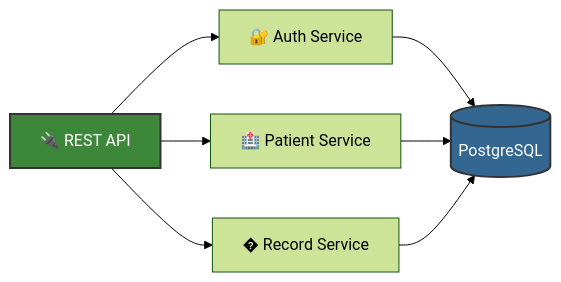
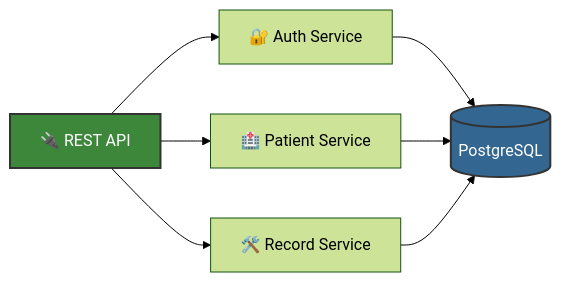
One commit to dIAgnoseTeam/dIAgnose changed the third of 5 diagrams in README.md. Above: the diagram before and after it, drawn with Mermaid (forest theme).

Commit message:
docs: Solve README MongoDB graph relation bug

````diff
--- a/README.md
+++ b/README.md
@@ -96,13 +96,13 @@
 ```mermaid
 graph LR
     API[🔌 REST API] --> Auth[🔐 Auth Service]
     API --> Patient[🏥 Patient Service]
-    API --> Record[� Record Service]
+    API --> Record[🛠️ Record Service]
     
     Auth --> PG[(PostgreSQL)]
     Patient --> PG
     Record --> PG
     
     style API fill:#3c873a,stroke:#333,stroke-width:2px,color:#fff
     style PG fill:#336791,stroke:#333,stroke-width:2px,color:#fff
 ```
````
